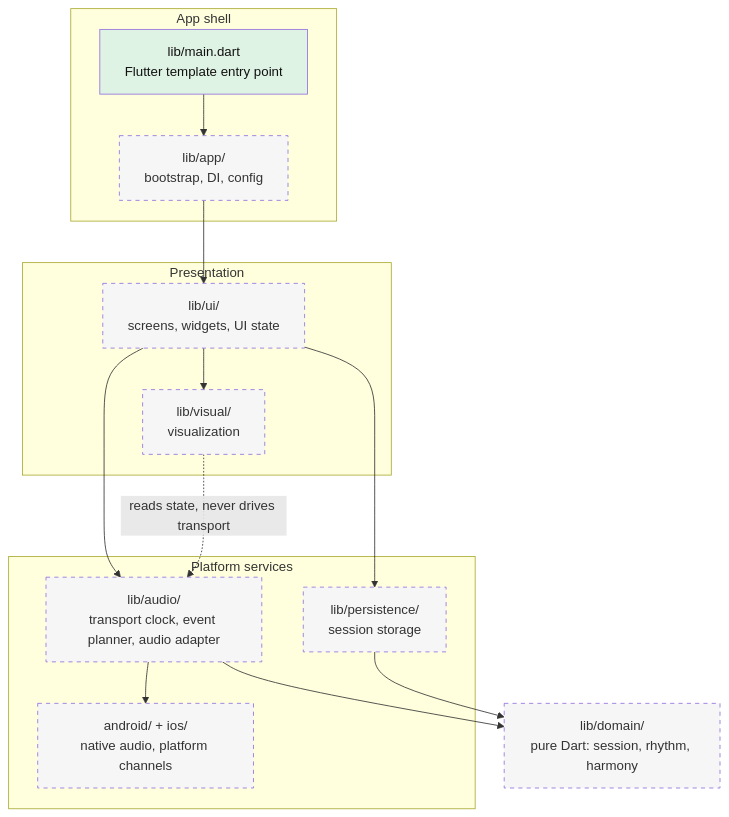
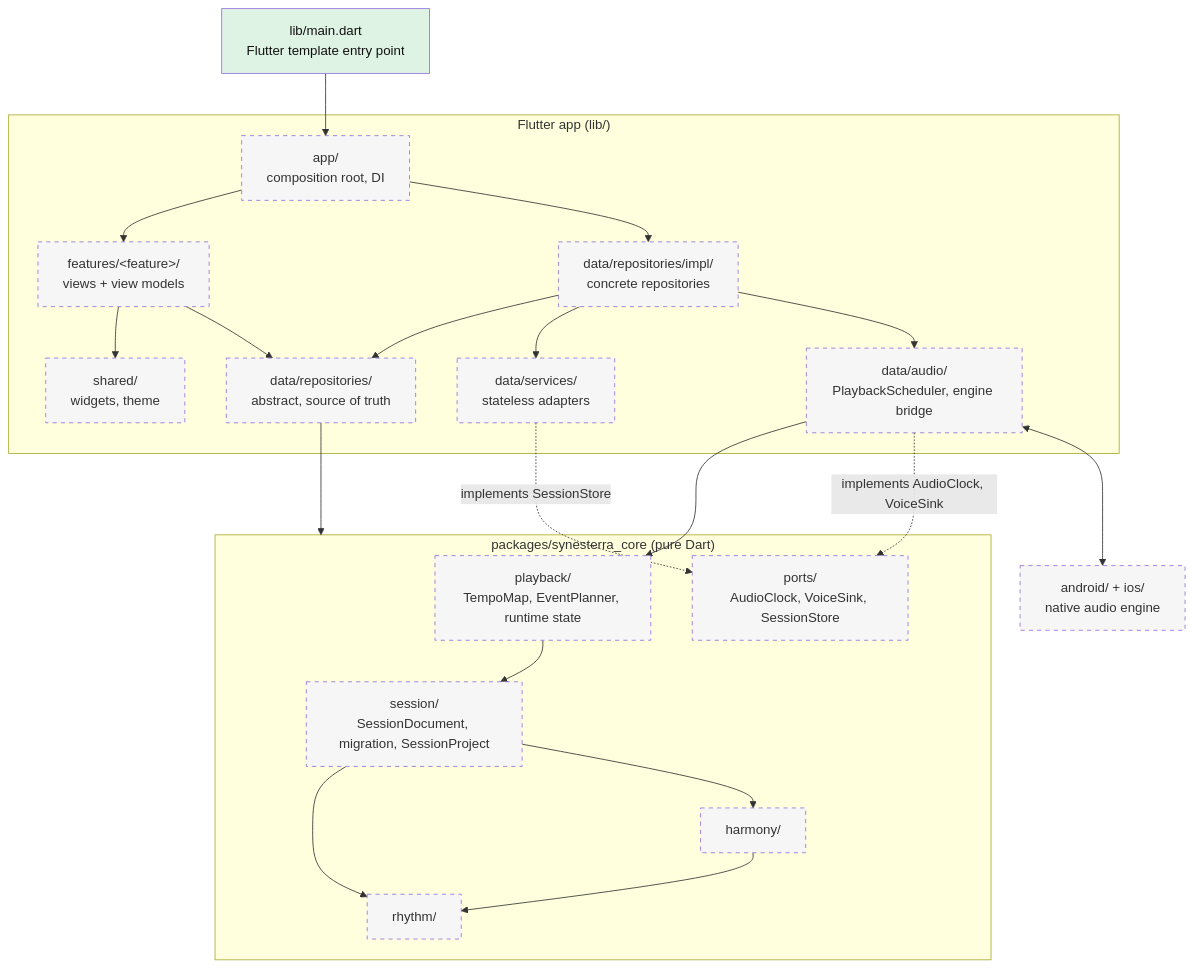
One commit to KornelSzyszka/synesterra-mobile changed the diagram in docs/architecture.md. Above: the diagram before and after it, drawn with Mermaid. The commit also changed other lines of this file and 3 other files, not shown here.

First line of the commit message:
MOB-009: ADR 0001, hybrid DDD-lite architecture (proposed) (#11)

````diff
--- a/docs/architecture.md
+++ b/docs/architecture.md
@@ -5,32 +5,44 @@
 ```mermaid
 flowchart TD
-    subgraph app["App shell"]
-        main["lib/main.dart<br/>Flutter template entry point"]
-        boot["lib/app/<br/>bootstrap, DI, config"]
+    main["lib/main.dart<br/>Flutter template entry point"]
+    subgraph app["Flutter app (lib/)"]
+        root["app/<br/>composition root, DI"]
+        features["features/&lt;feature&gt;/<br/>views + view models"]
+        shared["shared/<br/>widgets, theme"]
+        repos["data/repositories/<br/>abstract, source of truth"]
+        impl["data/repositories/impl/<br/>concrete repositories"]
+        services["data/services/<br/>stateless adapters"]
+        audio["data/audio/<br/>PlaybackScheduler, engine bridge"]
     end
-    subgraph ui["Presentation"]
-        screens["lib/ui/<br/>screens, widgets, UI state"]
-        visual["lib/visual/<br/>visualization"]
+    subgraph core["packages/synesterra_core (pure Dart)"]
+        session["session/<br/>SessionDocument, migration, SessionProject"]
+        rhythm["rhythm/"]
+        harmony["harmony/"]
+        playback["playback/<br/>TempoMap, EventPlanner, runtime state"]
+        ports["ports/<br/>AudioClock, VoiceSink, SessionStore"]
     end
-    subgraph platform["Platform services"]
-        audio["lib/audio/<br/>transport clock, event planner, audio adapter"]
-        native["android/ + ios/<br/>native audio, platform channels"]
-        persist["lib/persistence/<br/>session storage"]
-    end
-    domain["lib/domain/<br/>pure Dart: session, rhythm, harmony"]
+    native["android/ + ios/<br/>native audio engine"]
 
-    main --> boot
-    boot --> screens
-    screens --> visual
-    screens --> audio
-    screens --> persist
-    audio --> native
-    audio --> domain
-    persist --> domain
-    visual -. "reads state, never drives transport" .-> audio
+    main --> root
+    root --> features
+    root --> impl
+    features --> shared
+    features --> repos
+    impl --> repos
+    impl --> services
+    impl --> audio
+    repos --> core
+    audio --> playback
+    audio -. "implements AudioClock, VoiceSink" .-> ports
+    services -. "implements SessionStore" .-> ports
+    audio <--> native
+    harmony --> rhythm
+    session --> rhythm
+    session --> harmony
+    playback --> session
 
     classDef planned stroke-dasharray: 5 5,fill:#f6f6f6,color:#333
     classDef exists fill:#dff3e4,color:#111
     class main exists
-    class boot,screens,visual,audio,native,persist,domain planned
+    class root,features,shared,repos,impl,services,audio,session,rhythm,harmony,playback,ports,native planned
 ```
````
